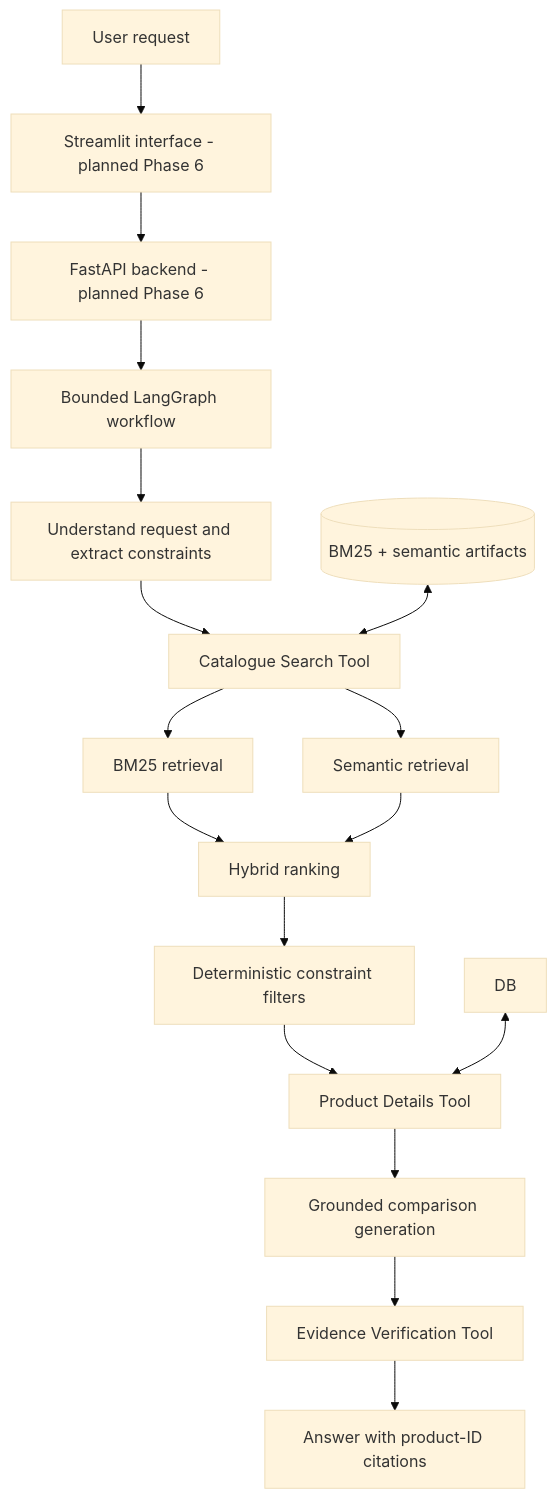
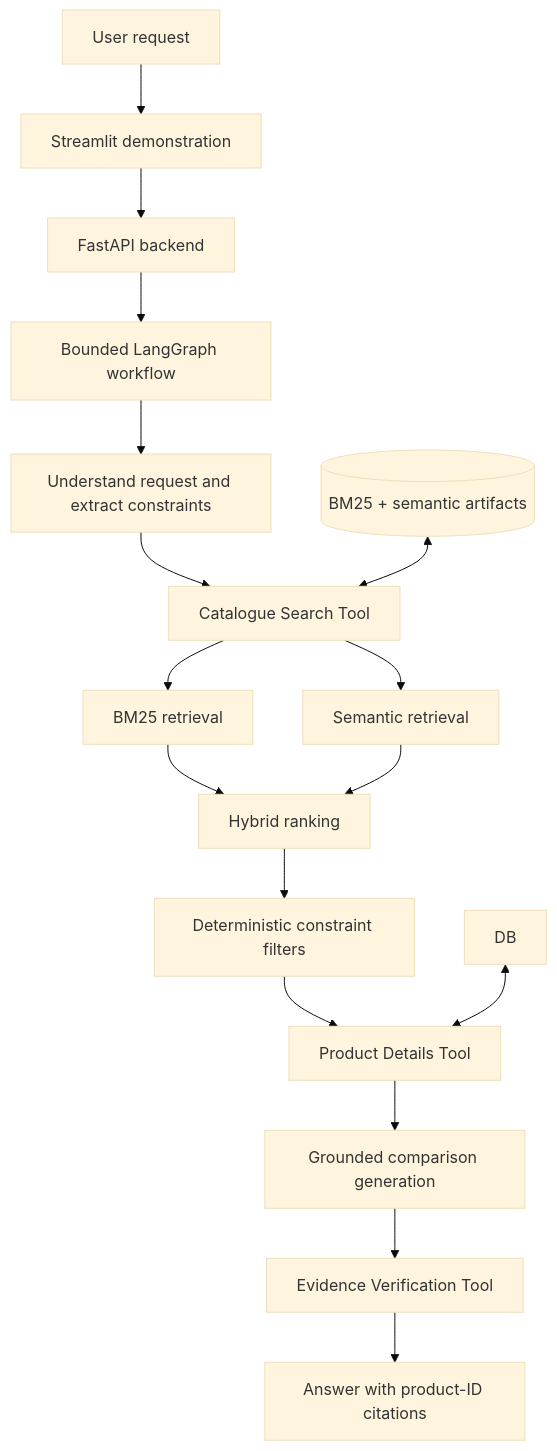
One commit to singlamohak16/SearchRank-AI changed the diagram in README.md. Above: the diagram before and after it, drawn with Mermaid (base theme). The commit also changed other lines of this file and 6 other files, not shown here.

Commit message:
docs(api): document Phase 6 setup and boundaries

````diff
--- a/README.md
+++ b/README.md
@@ -83,19 +87,19 @@
 ```mermaid
 flowchart TD
-    U[User request] --> UI[Streamlit interface - planned Phase 6]
-    UI --> API[FastAPI backend - planned Phase 6]
+    U[User request] --> UI[Streamlit demonstration]
+    UI --> API[FastAPI backend]
     API --> G[Bounded LangGraph workflow]
     G --> Q[Understand request and extract constraints]
     Q --> S[Catalogue Search Tool]
     S --> B[BM25 retrieval]
     S --> E[Semantic retrieval]
     B --> H[Hybrid ranking]
     E --> H
     H --> F[Deterministic constraint filters]
     F --> D[Product Details Tool]
     D --> L[Grounded comparison generation]
     L --> V[Evidence Verification Tool]
     V --> R[Answer with product-ID citations]
     IDX[(BM25 + semantic artifacts)] <--> S
     DB <--> D
 ```
````
